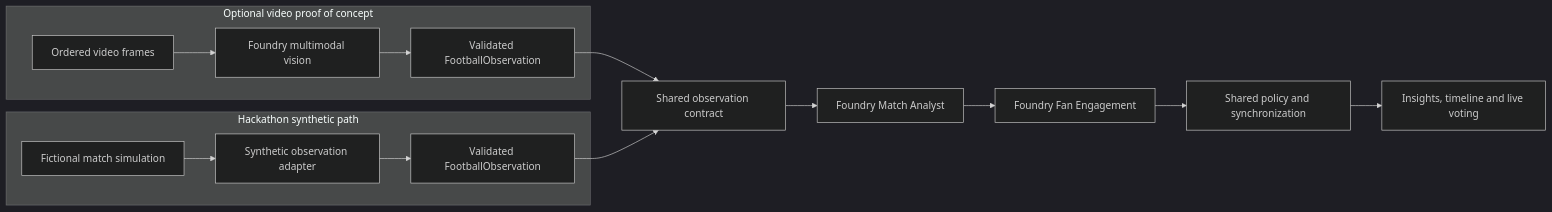
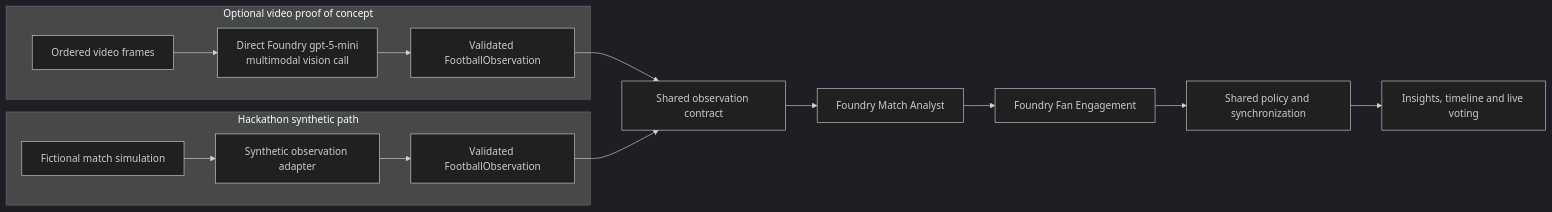
One commit to rriviere/fanpulse changed the third of 4 diagrams in README.md. Above: the diagram before and after it, drawn with Mermaid (dark theme). The commit also changed other lines of this file and 1 other file, not shown here.

Commit message:
docs: clarify video and synthetic analysis flows

````diff
--- a/README.md
+++ b/README.md
@@ -120,19 +160,19 @@
 ```mermaid
 flowchart LR
     subgraph Video["Optional video proof of concept"]
-        Frames["Ordered video frames"] --> Vision["Foundry multimodal vision"]
+        Frames["Ordered video frames"] --> Vision["Direct Foundry gpt-5-mini<br/>multimodal vision call"]
         Vision --> VideoObservation["Validated FootballObservation"]
     end
 
     subgraph Synthetic["Hackathon synthetic path"]
         Simulation["Fictional match simulation"] --> Adapter["Synthetic observation adapter"]
         Adapter --> SyntheticObservation["Validated FootballObservation"]
     end
 
     VideoObservation --> Contract["Shared observation contract"]
     SyntheticObservation --> Contract
     Contract --> Analyst["Foundry Match Analyst"]
     Analyst --> Engagement["Foundry Fan Engagement"]
     Engagement --> Policy["Shared policy and synchronization"]
     Policy --> Experience["Insights, timeline and live voting"]
 ```
````
